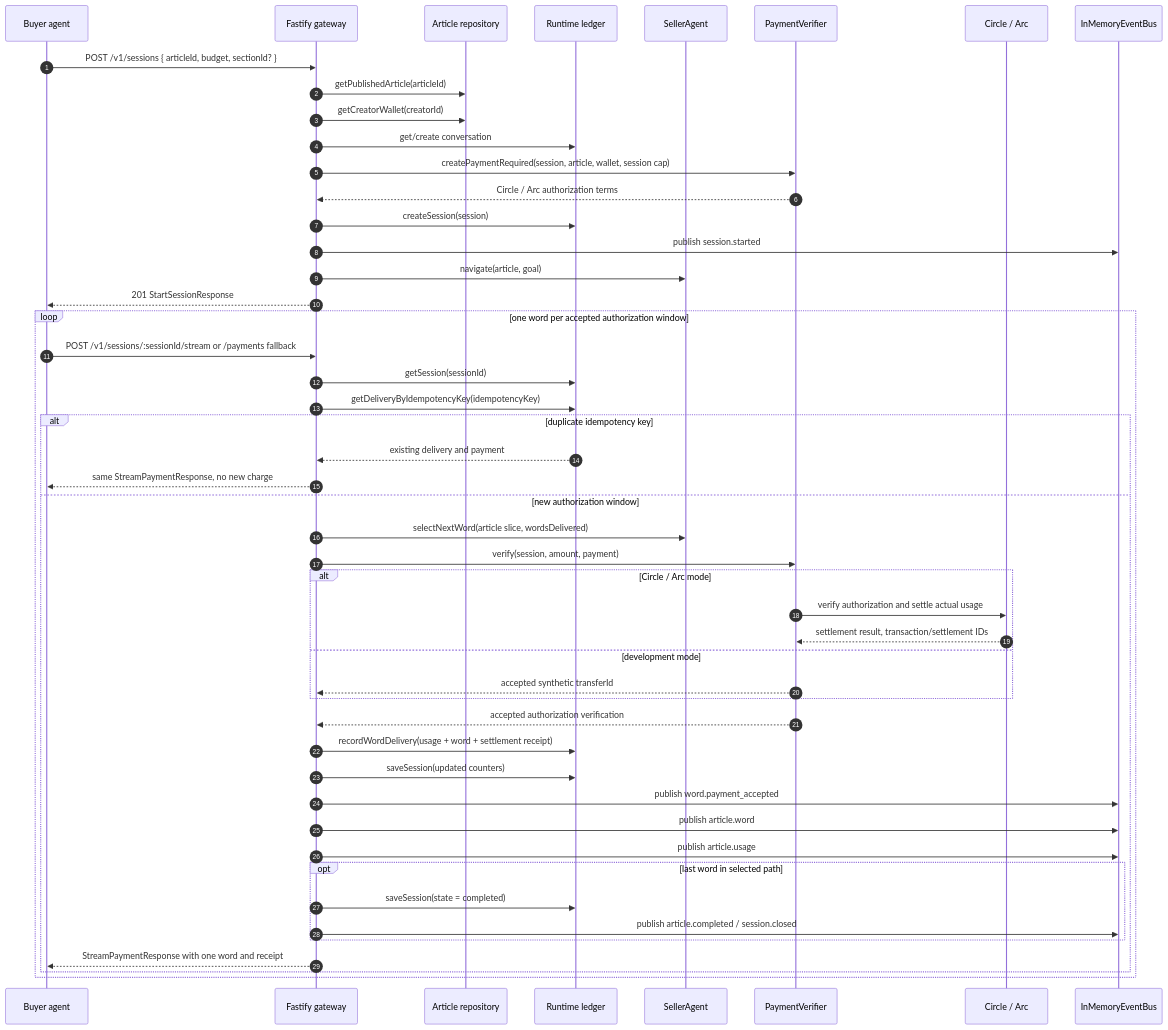
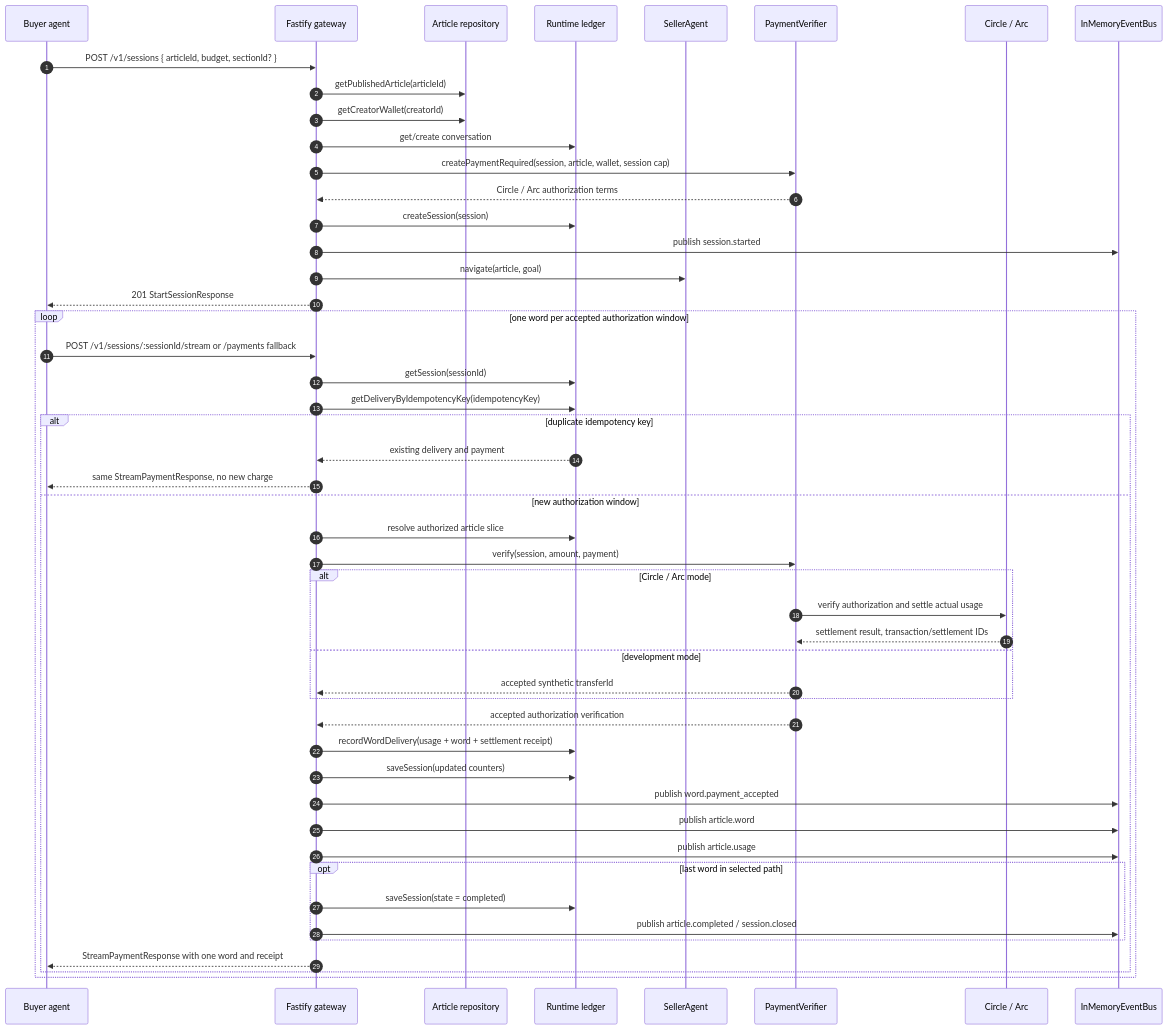
Before and after one commit to michaelzoub/rubicon: the second of 2 diagrams in docs/server-endpoint-architecture.md, drawn with Mermaid. The commit also changed other lines of this file and 17 other files, not shown here.

````diff
--- a/docs/server-endpoint-architecture.md
+++ b/docs/server-endpoint-architecture.md
@@ -165,53 +163,53 @@
 ```mermaid
 sequenceDiagram
   autonumber
   participant B as Buyer agent
   participant G as Fastify gateway
   participant A as Article repository
   participant L as Runtime ledger
   participant S as SellerAgent
   participant P as PaymentVerifier
   participant C as Circle / Arc
   participant E as InMemoryEventBus
 
   B->>G: POST /v1/sessions { articleId, budget, sectionId? }
   G->>A: getPublishedArticle(articleId)
   G->>A: getCreatorWallet(creatorId)
   G->>L: get/create conversation
   G->>P: createPaymentRequired(session, article, wallet, session cap)
   P-->>G: Circle / Arc authorization terms
   G->>L: createSession(session)
   G->>E: publish session.started
   G->>S: navigate(article, goal)
   G-->>B: 201 StartSessionResponse
 
   loop one word per accepted authorization window
     B->>G: POST /v1/sessions/:sessionId/stream or /payments fallback
     G->>L: getSession(sessionId)
     G->>L: getDeliveryByIdempotencyKey(idempotencyKey)
     alt duplicate idempotency key
       L-->>G: existing delivery and payment
       G-->>B: same StreamPaymentResponse, no new charge
     else new authorization window
-      G->>S: selectNextWord(article slice, wordsDelivered)
+      G->>L: resolve authorized article slice
       G->>P: verify(session, amount, payment)
       alt Circle / Arc mode
         P->>C: verify authorization and settle actual usage
         C-->>P: settlement result, transaction/settlement IDs
       else development mode
         P-->>G: accepted synthetic transferId
       end
       P-->>G: accepted authorization verification
       G->>L: recordWordDelivery(usage + word + settlement receipt)
       G->>L: saveSession(updated counters)
       G->>E: publish word.payment_accepted
       G->>E: publish article.word
       G->>E: publish article.usage
       opt last word in selected path
         G->>L: saveSession(state = completed)
         G->>E: publish article.completed / session.closed
       end
       G-->>B: StreamPaymentResponse with one word and receipt
     end
   end
 ```
````
